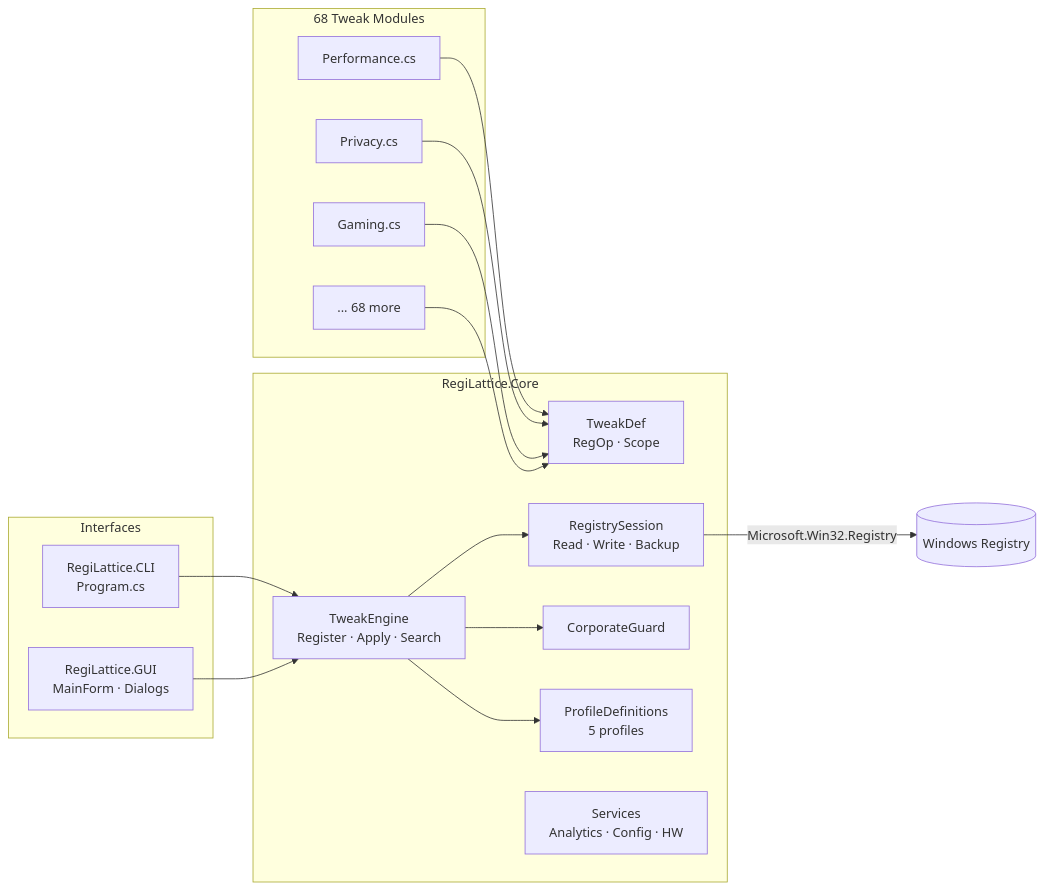
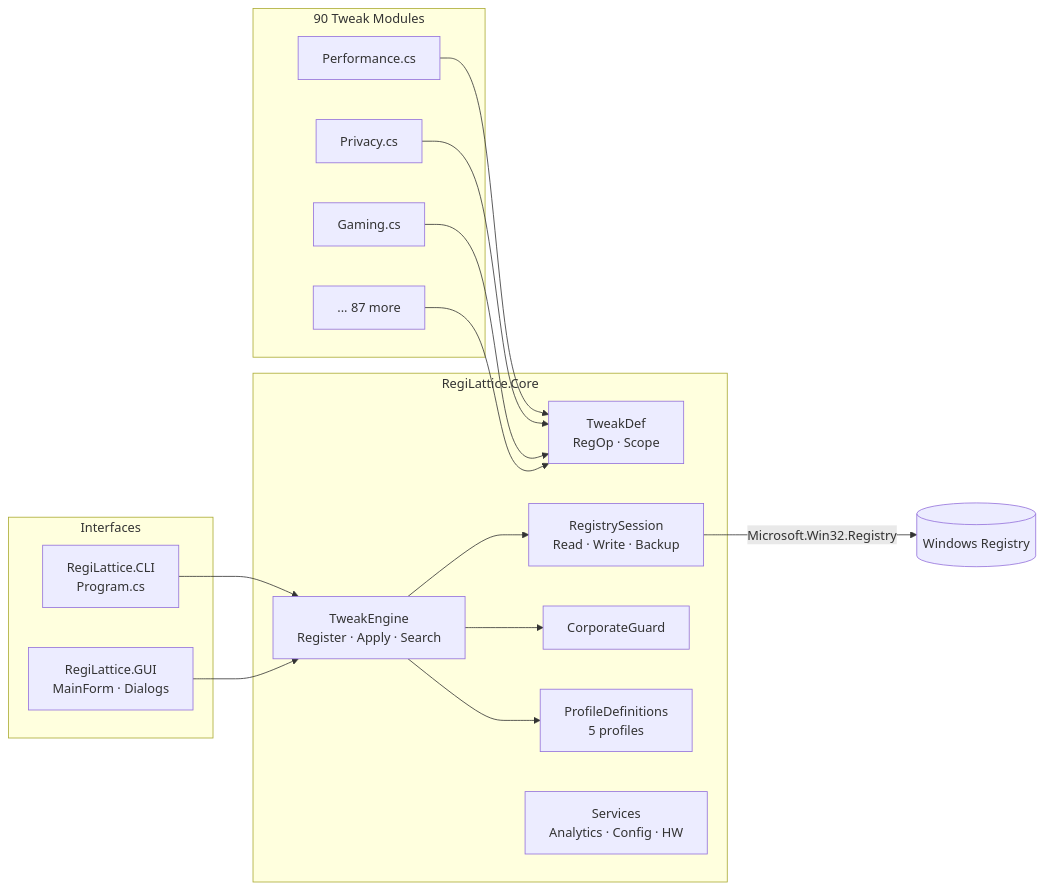
Before and after one commit to RajwanYair/RegiLattice: the diagram in Readme.md, drawn with Mermaid. The commit also changed other lines of this file and 14 other files, not shown here.

First line of the commit message:
docs: sync all stats to current state (2,316 tweaks, 89 categories, 641 tests, 90 modules)

````diff
--- a/Readme.md
+++ b/Readme.md
@@ -34,34 +38,34 @@
 ```mermaid
 graph LR
     subgraph Interfaces
         CLI[RegiLattice.CLI<br/>Program.cs]
         GUI[RegiLattice.GUI<br/>MainForm · Dialogs]
     end
 
     subgraph Core["RegiLattice.Core"]
         TE[TweakEngine<br/>Register · Apply · Search]
         TD[TweakDef<br/>RegOp · Scope]
         RS[RegistrySession<br/>Read · Write · Backup]
         CG[CorporateGuard]
         PD[ProfileDefinitions<br/>5 profiles]
         SV[Services<br/>Analytics · Config · HW]
     end
 
-    subgraph Tweaks["68 Tweak Modules"]
+    subgraph Tweaks["90 Tweak Modules"]
         T1[Performance.cs]
         T2[Privacy.cs]
         T3[Gaming.cs]
-        TN[... 68 more]
+        TN[... 87 more]
     end
 
     CLI --> TE
     GUI --> TE
     TE --> RS
     TE --> CG
     TE --> PD
     T1 --> TD
     T2 --> TD
     T3 --> TD
     TN --> TD
     RS -->|Microsoft.Win32.Registry| WR[(Windows Registry)]
 ```
````
